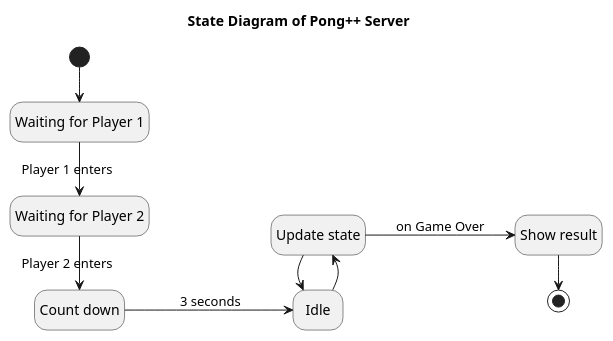
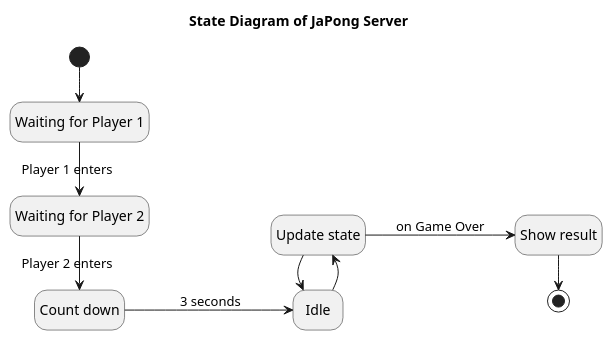
Before and after one commit to uztbt/pong: the diagram in document/uml/state.plantuml, drawn with PlantUML. The commit also changed 9 other files, not shown here.

```diff
--- a/document/uml/state.plantuml
+++ b/document/uml/state.plantuml
@@ -1,23 +1,23 @@
 @startuml
 
 left to right direction
 hide empty description
 
-title "State Diagram of Pong++ Server"
+title "State Diagram of JaPong Server"
 
 state "Waiting for Player 1" as Wait1P
 state "Waiting for Player 2" as Wait2P
 state "Count down" as CountDown
 state "Idle" as Idle
 state "Update state" as UpdateState
 state "Show result" as ShowResult
 
 [*] -> Wait1P
 Wait1P -> Wait2P: Player 1 enters
 Wait2P -> CountDown: Player 2 enters
 CountDown --> Idle: 3 seconds
 Idle -> UpdateState
 UpdateState -> Idle
 UpdateState --> ShowResult: on Game Over
 ShowResult -> [*]
 @enduml
```
